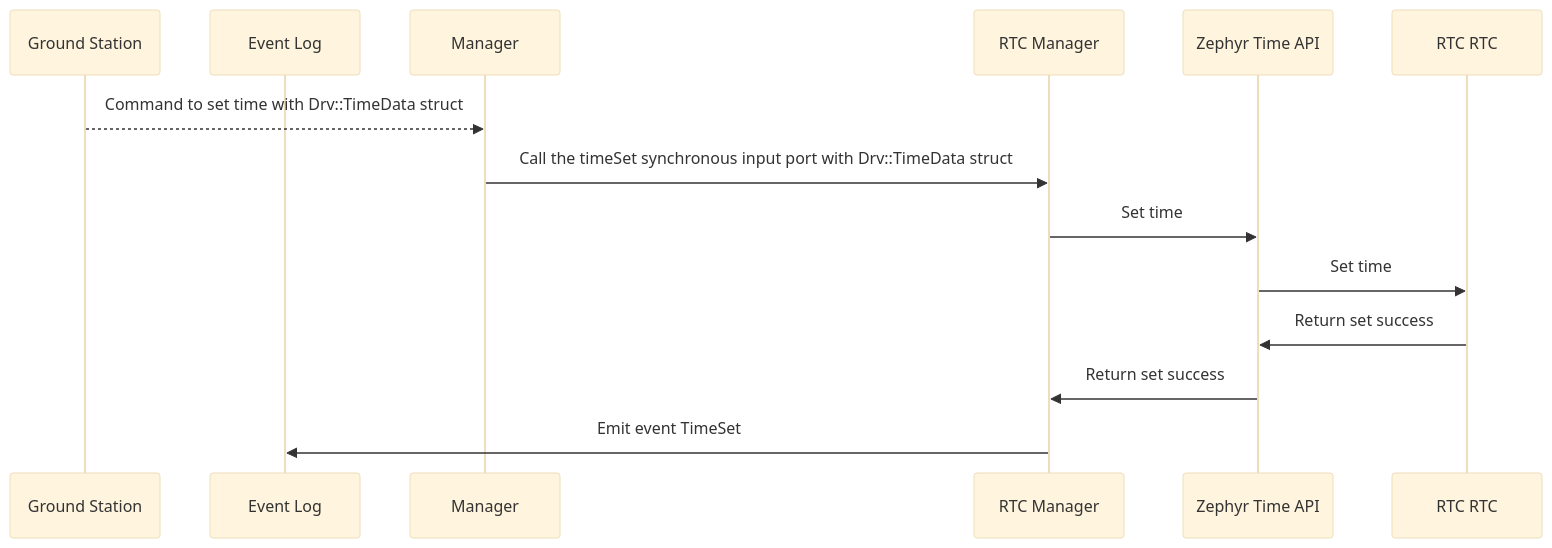
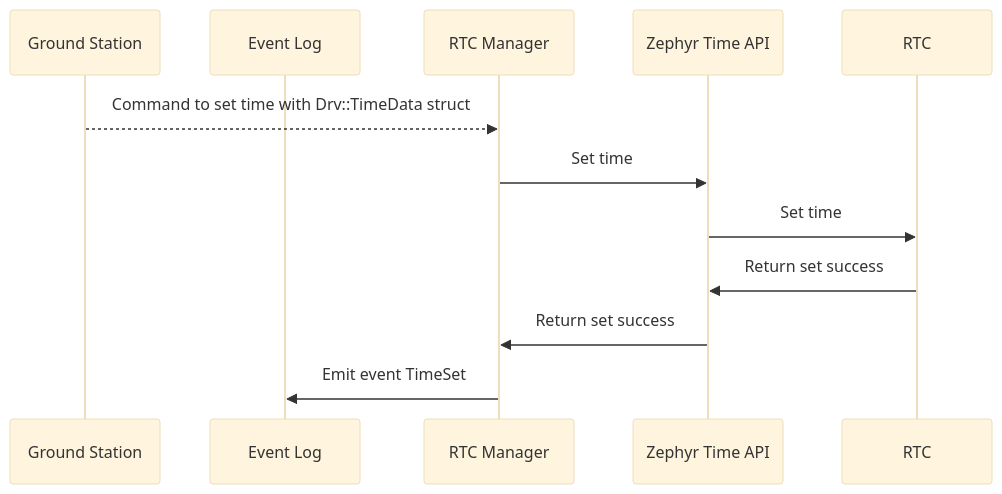
Before and after one commit to Open-Source-Space-Foundation/proves-core-reference: the fourth of 6 diagrams in FprimeZephyrReference/Components/Drv/RtcManager/docs/sdd.md, drawn with Mermaid (base theme). The commit also changed other lines of this file and 2 other files, not shown here.

Commit message:
Add command failure test

````diff
--- a/FprimeZephyrReference/Components/Drv/RtcManager/docs/sdd.md
+++ b/FprimeZephyrReference/Components/Drv/RtcManager/docs/sdd.md
@@ -148,16 +118,14 @@
 ```mermaid
 sequenceDiagram
     participant Ground Station
     participant Event Log
-    participant Manager
     participant RTC Manager
     participant Zephyr Time API
-    participant RTC RTC
-    Ground Station-->>Manager: Command to set time with Drv::TimeData struct
-    Manager->>RTC Manager: Call the timeSet synchronous input port with Drv::TimeData struct
+    participant RTC
+    Ground Station-->>RTC Manager: Command to set time with Drv::TimeData struct
     RTC Manager->>Zephyr Time API: Set time
-    Zephyr Time API->>RTC RTC: Set time
-    RTC RTC->>Zephyr Time API: Return set success
+    Zephyr Time API->>RTC: Set time
+    RTC->>Zephyr Time API: Return set success
     Zephyr Time API->>RTC Manager: Return set success
     RTC Manager->>Event Log: Emit event TimeSet
 ```
````
